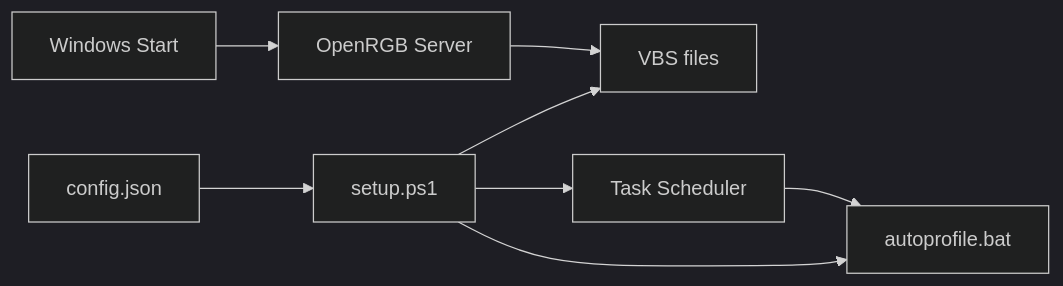
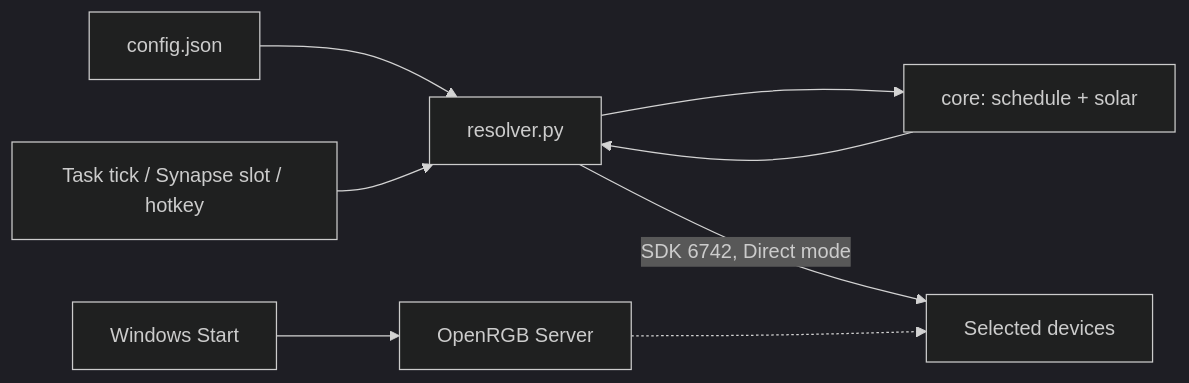
One commit to UVuruna/Ultra-Vivid changed the diagram in CLAUDE.md. Above: the diagram before and after it, drawn with Mermaid (dark theme). The commit also changed other lines of this file and 2 other files, not shown here.

Commit message:
0.1.090 docs: README and CLAUDE rewritten for the resolver engine, About synced

````diff
--- a/CLAUDE.md
+++ b/CLAUDE.md
@@ -23,10 +31,10 @@
 ```mermaid
 flowchart LR
-    A[config.json] --> B[setup.ps1]
-    B --> C[autoprofile.bat]
-    B --> D[VBS files]
-    B --> E[Task Scheduler]
-    F[Windows Start] --> G[OpenRGB Server]
-    G --> D
-    E --> C
+    A[config.json] --> R[resolver.py]
+    T[Task tick / Synapse slot / hotkey] --> R
+    R --> S[core: schedule + solar]
+    S --> R
+    R -->|SDK 6742, Direct mode| D[Selected devices]
+    W[Windows Start] --> O[OpenRGB Server]
+    O -.-> D
 ```
````
